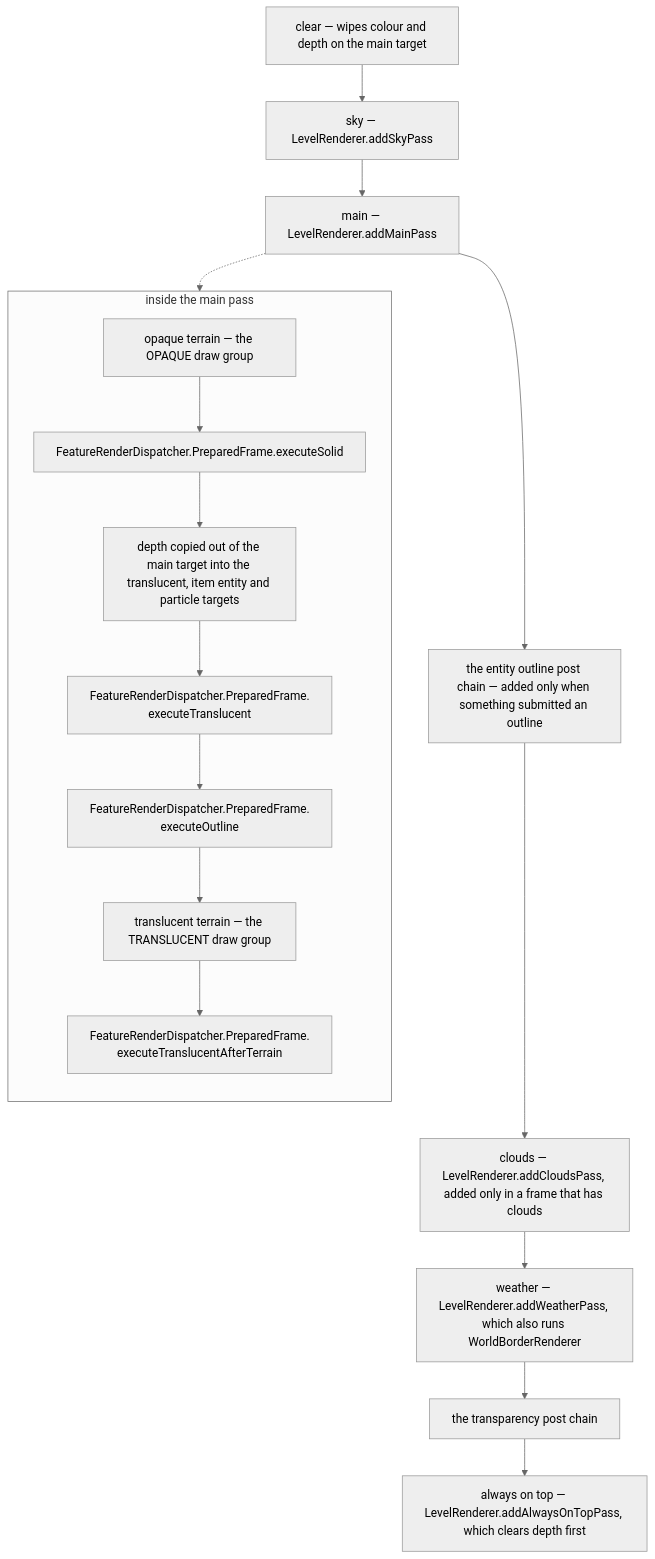
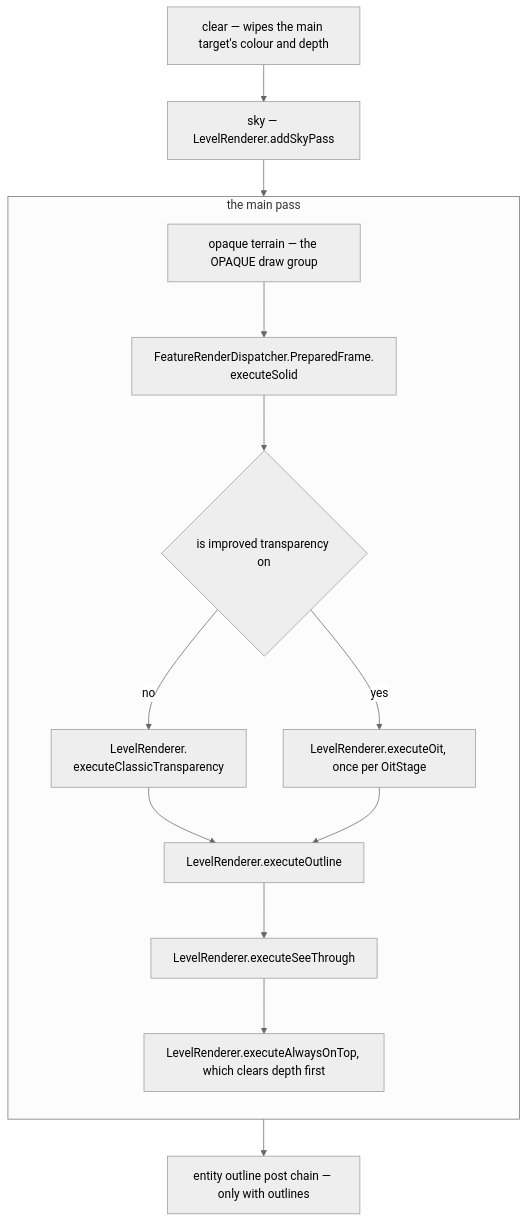
The second of 2 diagrams in src/systems/rendering/visibility-and-the-frame-graph.md (AlexanderjFraser/MinecraftDocs), drawn with Mermaid (neutral theme) before and after one commit. The commit also changed other lines of this file and 68 other files, not shown here.

````diff
--- a/src/systems/rendering/visibility-and-the-frame-graph.md
+++ b/src/systems/rendering/visibility-and-the-frame-graph.md
@@ -198,24 +204,26 @@
 ```mermaid
 flowchart TD
-    CLEAR["clear — wipes colour and depth on the main target"]
+    CLEAR["clear — wipes the main target's colour and depth"]
     SKY["sky — LevelRenderer.addSkyPass"]
-    MAIN["main — LevelRenderer.addMainPass"]
-    OUT["the entity outline post chain — added only when something submitted an outline"]
-    CLOUDS["clouds — LevelRenderer.addCloudsPass, added only in a frame that has clouds"]
-    WEATHER["weather — LevelRenderer.addWeatherPass, which also runs WorldBorderRenderer"]
-    TRANS["the transparency post chain"]
-    TOP["always on top — LevelRenderer.addAlwaysOnTopPass, which clears depth first"]
-    CLEAR --> SKY --> MAIN --> OUT --> CLOUDS --> WEATHER --> TRANS --> TOP
-    subgraph INSIDE ["inside the main pass"]
+    subgraph MAIN ["the main pass"]
         direction TB
         T1["opaque terrain — the OPAQUE draw group"]
-        T2["FeatureRenderDispatcher.PreparedFrame.executeSolid"]
-        T3["depth copied out of the main target into the translucent, item entity and particle targets"]
-        T4["FeatureRenderDispatcher.PreparedFrame.<br/>executeTranslucent"]
-        T4b["FeatureRenderDispatcher.PreparedFrame.<br/>executeOutline"]
-        T5["translucent terrain — the TRANSLUCENT draw group"]
-        T6["FeatureRenderDispatcher.PreparedFrame.<br/>executeTranslucentAfterTerrain"]
-        T1 --> T2 --> T3 --> T4 --> T4b --> T5 --> T6
+        T2["FeatureRenderDispatcher.PreparedFrame.<br/>executeSolid"]
+        D{"is improved transparency on"}
+        T3["LevelRenderer.<br/>executeClassicTransparency"]
+        T4["LevelRenderer.executeOit, once per OitStage"]
+        T5["LevelRenderer.executeOutline"]
+        T6["LevelRenderer.executeSeeThrough"]
+        T7["LevelRenderer.executeAlwaysOnTop, which clears depth first"]
+        T1 --> T2 --> D
+        D -->|"no"| T3
+        D -->|"yes"| T4
+        T3 --> T5
+        T4 --> T5
+        T5 --> T6 --> T7
     end
-    MAIN -.-> INSIDE
+    OUT["entity outline post chain — only with outlines"]
+    CLEAR --> SKY
+    SKY --> MAIN
+    MAIN --> OUT
 ```
````
